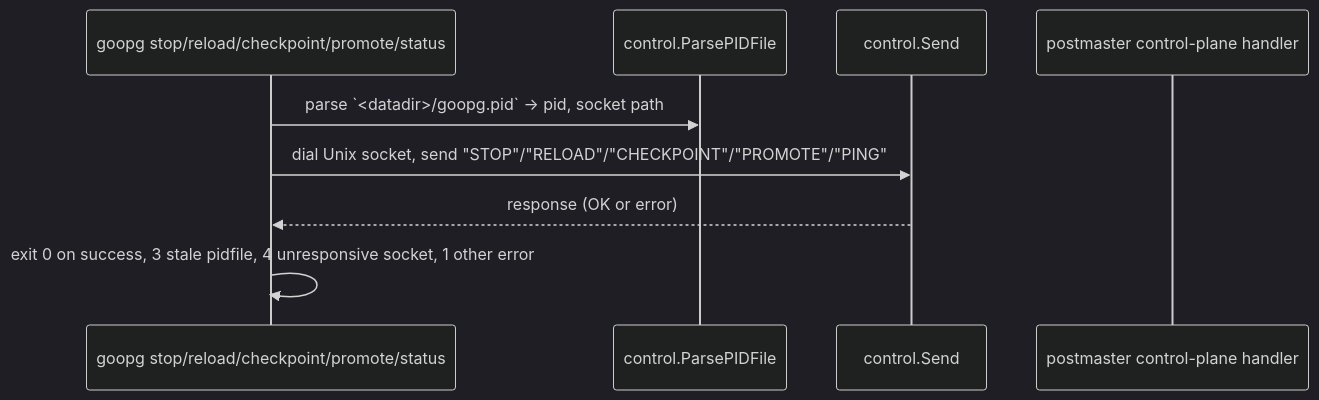
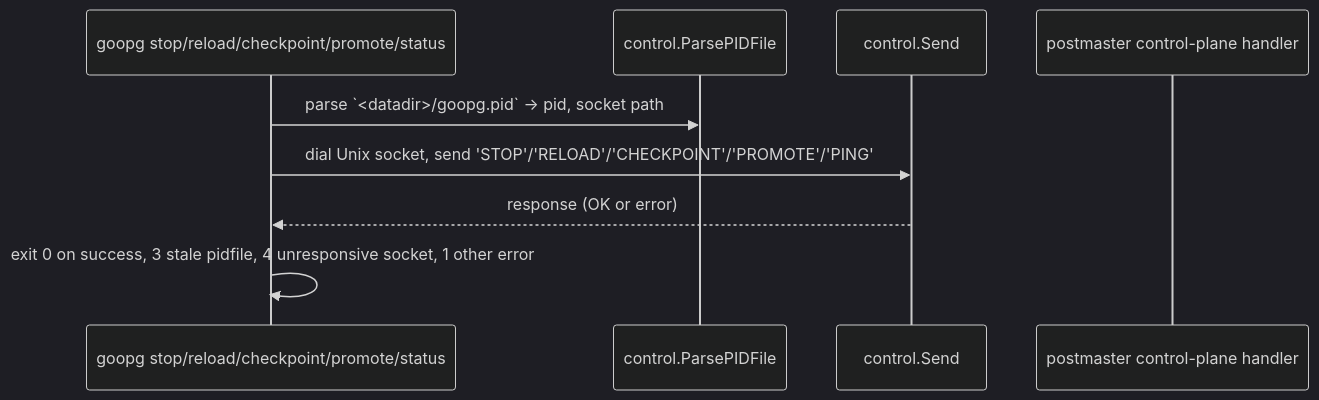
Before and after one commit to ryogrid/goopg: the fourth of 4 diagrams in docs/wiki/modules/cmd-goopg.md, drawn with Mermaid (dark theme). The commit also changed 24 other files, not shown here.

Commit message:
docs(wiki): fix mermaid syntax errors — reserve keyword LINK, flow chart parens, seq msg quotes/semicolons — M-NIGHTLY

````diff
--- a/docs/wiki/modules/cmd-goopg.md
+++ b/docs/wiki/modules/cmd-goopg.md
@@ -259,12 +259,12 @@
 ```mermaid
 sequenceDiagram
     participant CLI as goopg stop/reload/checkpoint/promote/status
     participant PID as control.ParsePIDFile
     participant SOCK as control.Send
     participant SRV as postmaster control-plane handler
 
     CLI->>PID: parse `<datadir>/goopg.pid` → pid, socket path
-    CLI->>SOCK: dial Unix socket, send "STOP"/"RELOAD"/"CHECKPOINT"/"PROMOTE"/"PING"
+CLI->>SOCK: dial Unix socket, send 'STOP'/'RELOAD'/'CHECKPOINT'/'PROMOTE'/'PING'
     SOCK-->>CLI: response (OK or error)
     CLI->>CLI: exit 0 on success, 3 stale pidfile, 4 unresponsive socket, 1 other error
 ```
````
